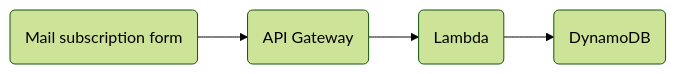
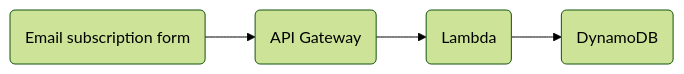
The second of 4 diagrams in _posts/2022-03-01-the-technology-behind-this-blog.md (alazaroc/blog-web-code), drawn with Mermaid (forest theme) before and after one commit. The commit also changed other lines of this file and 10 other files, not shown here.

````diff
--- a/_posts/2022-03-01-the-technology-behind-this-blog.md
+++ b/_posts/2022-03-01-the-technology-behind-this-blog.md
@@ -177,6 +177,6 @@
   ``` mermaid
     flowchart LR
-    A(Mail subscription form) --> B(API Gateway)
+    A(Email subscription form) --> B(API Gateway)
     B --> C(Lambda)
     C --> D(DynamoDB)
   ```
````
